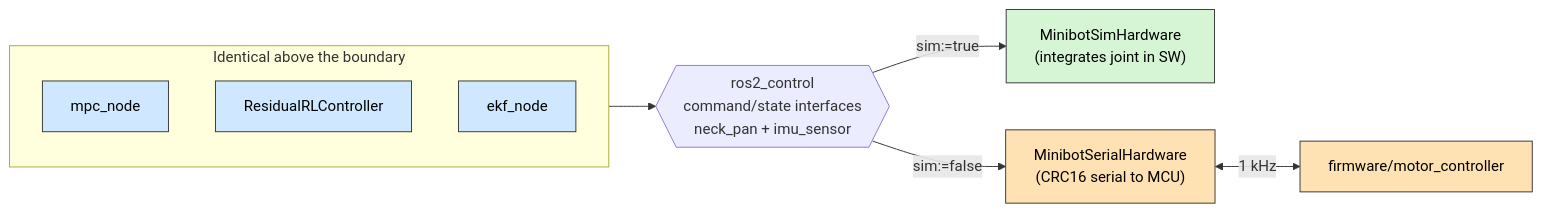
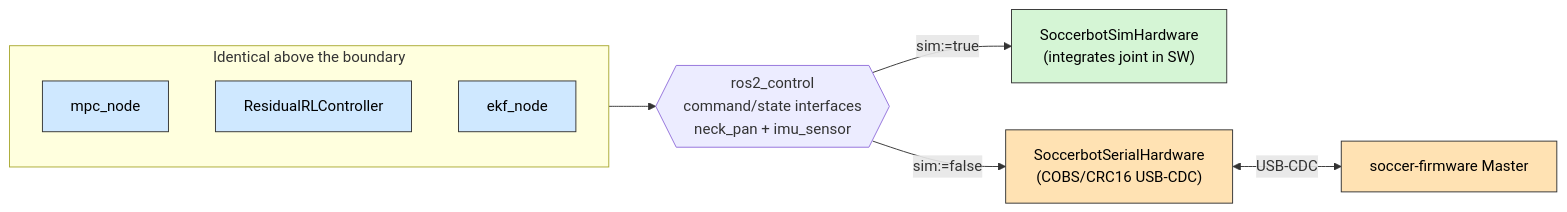
Before and after one commit to utra-robosoccer/soccer-software: the fourth of 14 diagrams in docs/IMPLEMENTATION.md, drawn with Mermaid. The commit also changed other lines of this file and 70 other files, not shown here.

First line of the commit message:
Refactor project to rename "Minibot" to "Soccerbot" across all modules and files

````diff
--- a/docs/IMPLEMENTATION.md
+++ b/docs/IMPLEMENTATION.md
@@ -166,17 +167,17 @@
 ```mermaid
 flowchart LR
     classDef j fill:#cfe8ff,stroke:#333,color:#000;
     classDef sim fill:#d5f5d5,stroke:#333,color:#000;
     classDef real fill:#ffe2b3,stroke:#333,color:#000;
 
     subgraph SAME["Identical above the boundary"]
         MPC["mpc_node"]:::j
         RL["ResidualRLController"]:::j
         EKF["ekf_node"]:::j
     end
     BND{{"ros2_control<br/>command/state interfaces<br/>neck_pan + imu_sensor"}}
     SAME --> BND
-    BND -->|"sim:=true"| SIMHW["MinibotSimHardware<br/>(integrates joint in SW)"]:::sim
-    BND -->|"sim:=false"| REALHW["MinibotSerialHardware<br/>(CRC16 serial to MCU)"]:::real
-    REALHW <-->|"1 kHz"| MCU["firmware/motor_controller"]:::real
+    BND -->|"sim:=true"| SIMHW["SoccerbotSimHardware<br/>(integrates joint in SW)"]:::sim
+    BND -->|"sim:=false"| REALHW["SoccerbotSerialHardware<br/>(COBS/CRC16 USB-CDC)"]:::real
+    REALHW <-->|"USB-CDC"| MCU["soccer-firmware Master"]:::real
 ```
````
